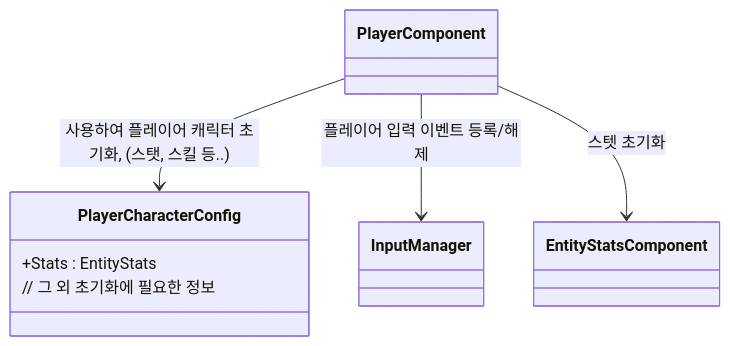
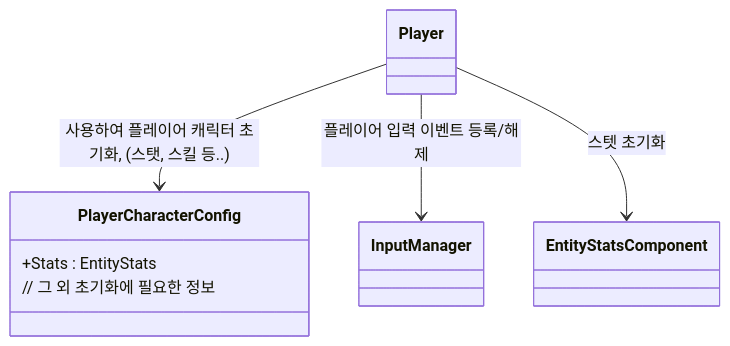
Before and after one commit to JIN5EOK/DungeonShooter: the sixth of 6 diagrams in Assets/_README/Entity_설계.md, drawn with Mermaid. The commit also changed other lines of this file and 6 other files, not shown here.

````diff
--- a/Assets/_README/Entity_설계.md
+++ b/Assets/_README/Entity_설계.md
@@ -98,11 +101,11 @@
 ```mermaid
 classDiagram
     class PlayerCharacterConfig{
         +Stats : EntityStats
         // 그 외 초기화에 필요한 정보
     }
     
-    PlayerComponent --> PlayerCharacterConfig : 사용하여 플레이어 캐릭터 초기화, (스탯, 스킬 등..)
-    PlayerComponent --> InputManager : 플레이어 입력 이벤트 등록/해제
-    PlayerComponent --> EntityStatsComponent : 스텟 초기화
+    Player --> PlayerCharacterConfig : 사용하여 플레이어 캐릭터 초기화, (스탯, 스킬 등..)
+    Player --> InputManager : 플레이어 입력 이벤트 등록/해제
+    Player --> EntityStatsComponent : 스텟 초기화
 ```
````
